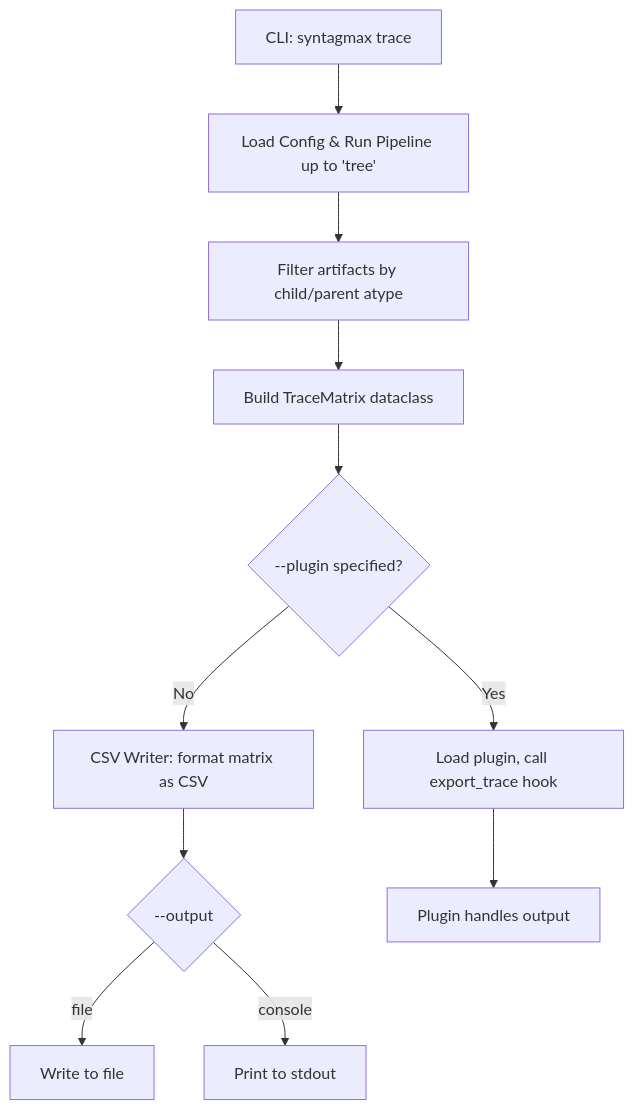
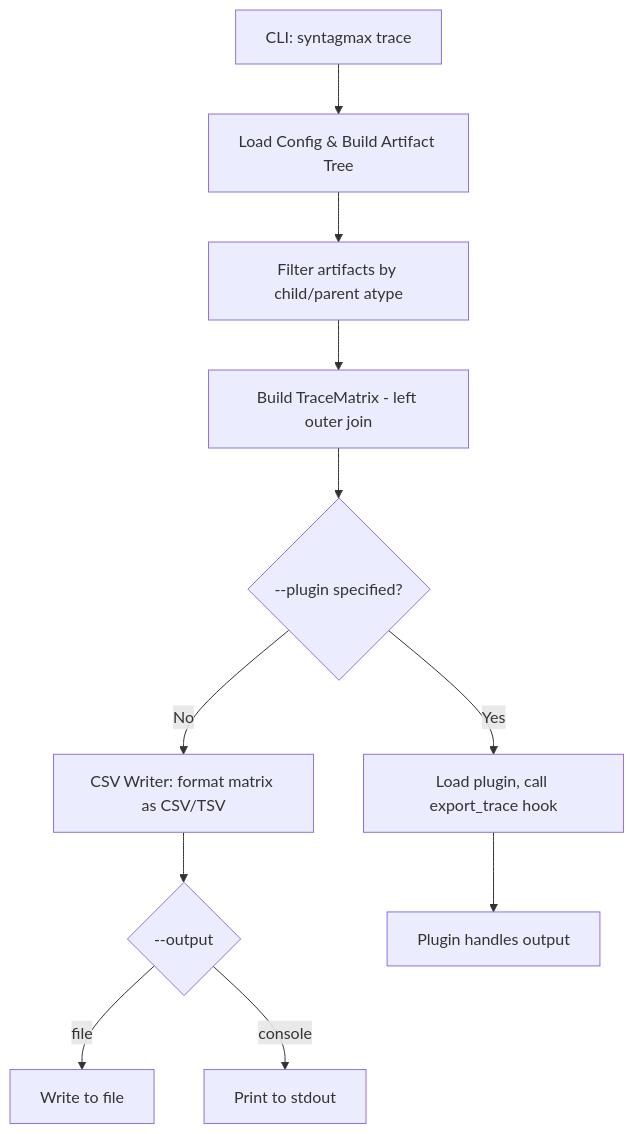
The diagram in docs/specs/export-tracing.spec.md (flyvercity/syntagmax), drawn with Mermaid before and after one commit. The commit also changed other lines of this file, not shown here.

First line of the commit message:
docs: update export-tracing spec with delimiter and left outer join details

````diff
--- a/docs/specs/export-tracing.spec.md
+++ b/docs/specs/export-tracing.spec.md
@@ -31,13 +34,13 @@
 ```mermaid
 flowchart TD
-    A[CLI: syntagmax trace] --> B[Load Config & Run Pipeline up to 'tree']
+    A[CLI: syntagmax trace] --> B[Load Config & Build Artifact Tree]
     B --> C[Filter artifacts by child/parent atype]
-    C --> D[Build TraceMatrix dataclass]
+    C --> D[Build TraceMatrix - left outer join]
     D --> E{--plugin specified?}
-    E -->|No| F[CSV Writer: format matrix as CSV]
+    E -->|No| F[CSV Writer: format matrix as CSV/TSV]
     E -->|Yes| G[Load plugin, call export_trace hook]
     F --> H{--output}
     H -->|file| I[Write to file]
     H -->|console| J[Print to stdout]
     G --> K[Plugin handles output]
 ```
````
